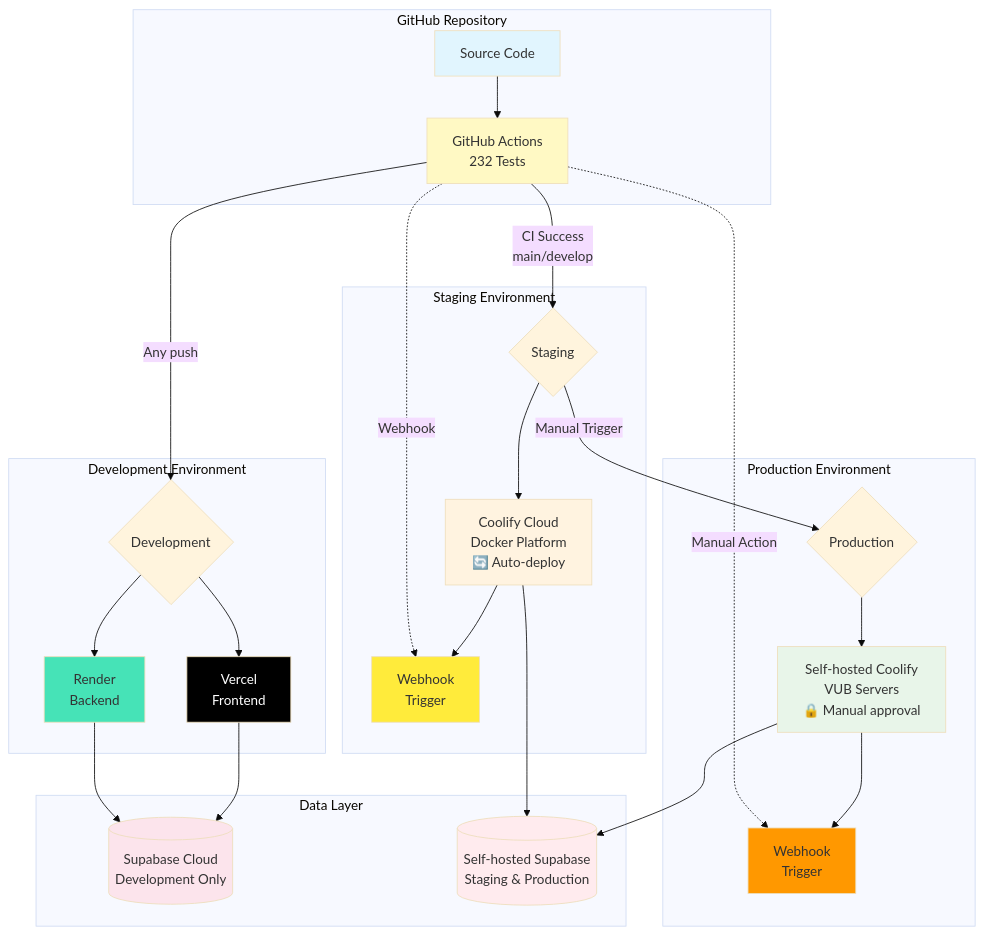
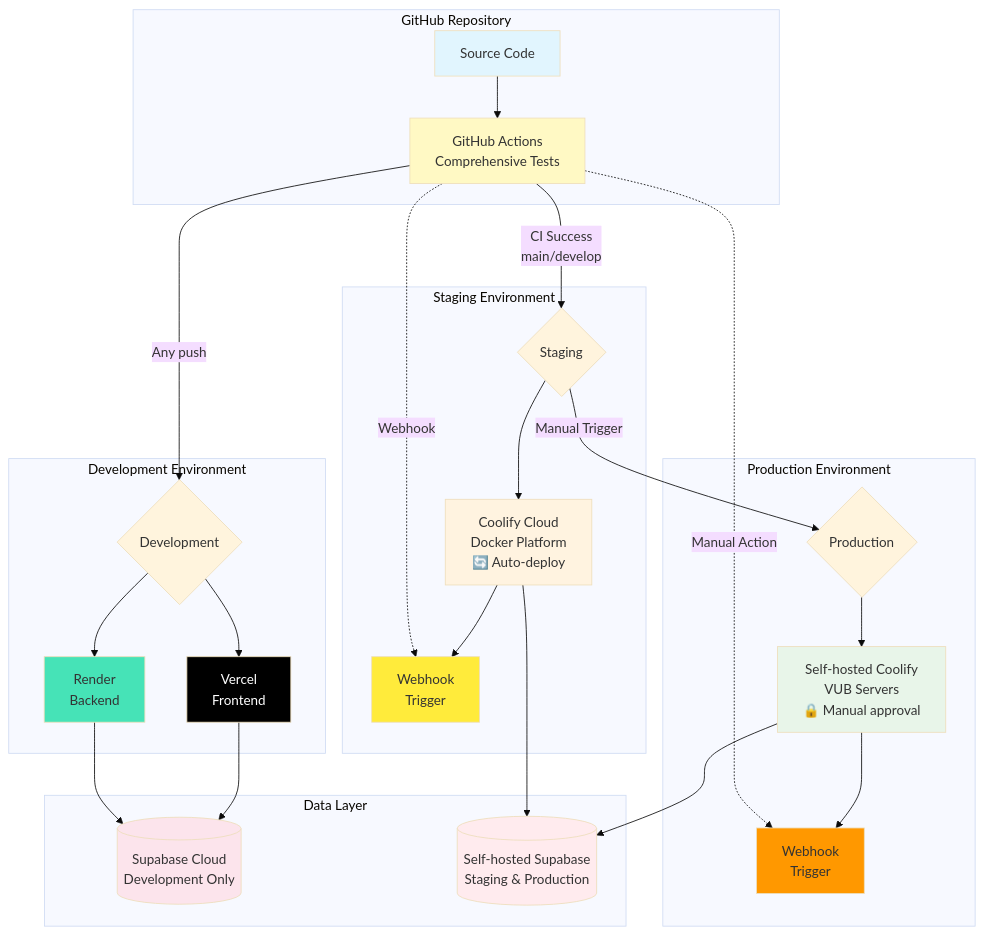
One commit to ggustin93/emg-c3d-analyzer changed the diagram in docusaurus/docs/devops/devops.md. Above: the diagram before and after it, drawn with Mermaid (base theme). The commit also changed other lines of this file and 18 other files, not shown here.

````diff
--- a/docusaurus/docs/devops/devops.md
+++ b/docusaurus/docs/devops/devops.md
@@ -30,49 +30,49 @@
 ```mermaid
 graph TB
     subgraph "GitHub Repository"
-        Code[Source Code] --> Actions[GitHub Actions<br/>232 Tests]
+        Code[Source Code] --> Actions[GitHub Actions<br/>Comprehensive Tests]
     end
     
     Actions -->|Any push| Dev{Development}
     Actions -->|CI Success<br/>main/develop| Staging{Staging}
     Staging -->|Manual Trigger| Prod{Production}
     
     subgraph "Development Environment"
         Dev --> Vercel[Vercel<br/>Frontend]
         Dev --> Render[Render<br/>Backend]
     end
     
     subgraph "Staging Environment"
         Staging --> CoolifyCloud[Coolify Cloud<br/>Docker Platform<br/>🔄 Auto-deploy]
         CoolifyCloud --> Webhook1[Webhook<br/>Trigger]
     end
     
     subgraph "Production Environment"
         Prod --> CoolifySelf[Self-hosted Coolify<br/>VUB Servers<br/>🔒 Manual approval]
         CoolifySelf --> Webhook2[Webhook<br/>Trigger]
     end
     
     subgraph "Data Layer"
         SupabaseCloud[(Supabase Cloud<br/>Development Only)]
         SupabaseSelf[(Self-hosted Supabase<br/>Staging & Production)]
     end
     
     Vercel --> SupabaseCloud
     Render --> SupabaseCloud
     CoolifyCloud --> SupabaseSelf
     CoolifySelf --> SupabaseSelf
     
     Actions -.->|Webhook| Webhook1
     Actions -.->|Manual Action| Webhook2
     
     style Code fill:#e1f5fe
     style Actions fill:#fff9c4
     style Vercel fill:#000000,color:#fff
     style Render fill:#46e3b7
     style CoolifyCloud fill:#fff3e0
     style CoolifySelf fill:#e8f5e9
     style SupabaseCloud fill:#fce4ec
     style SupabaseSelf fill:#ffebee
     style Webhook1 fill:#ffeb3b
     style Webhook2 fill:#ff9800
 ```
````
